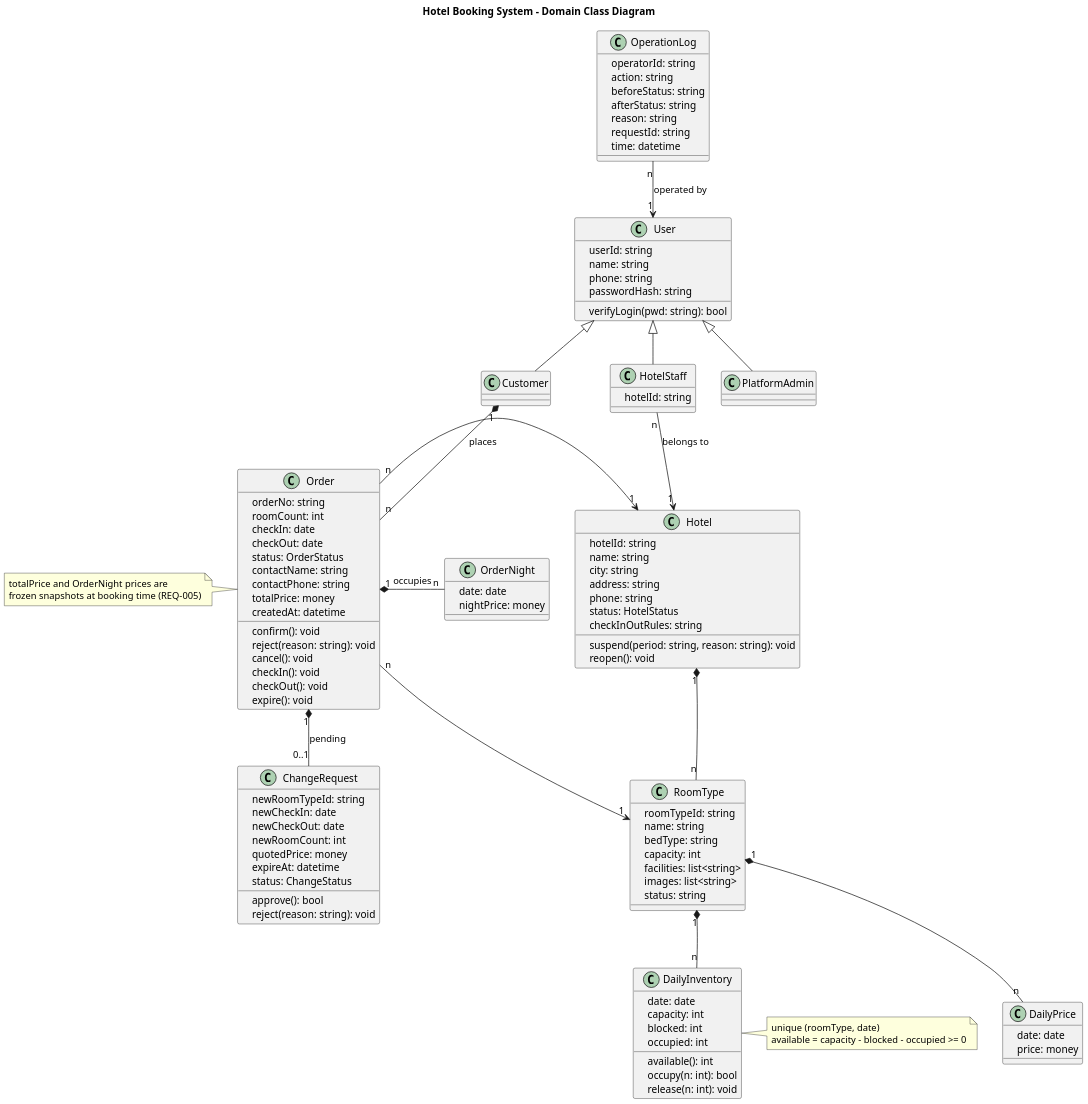
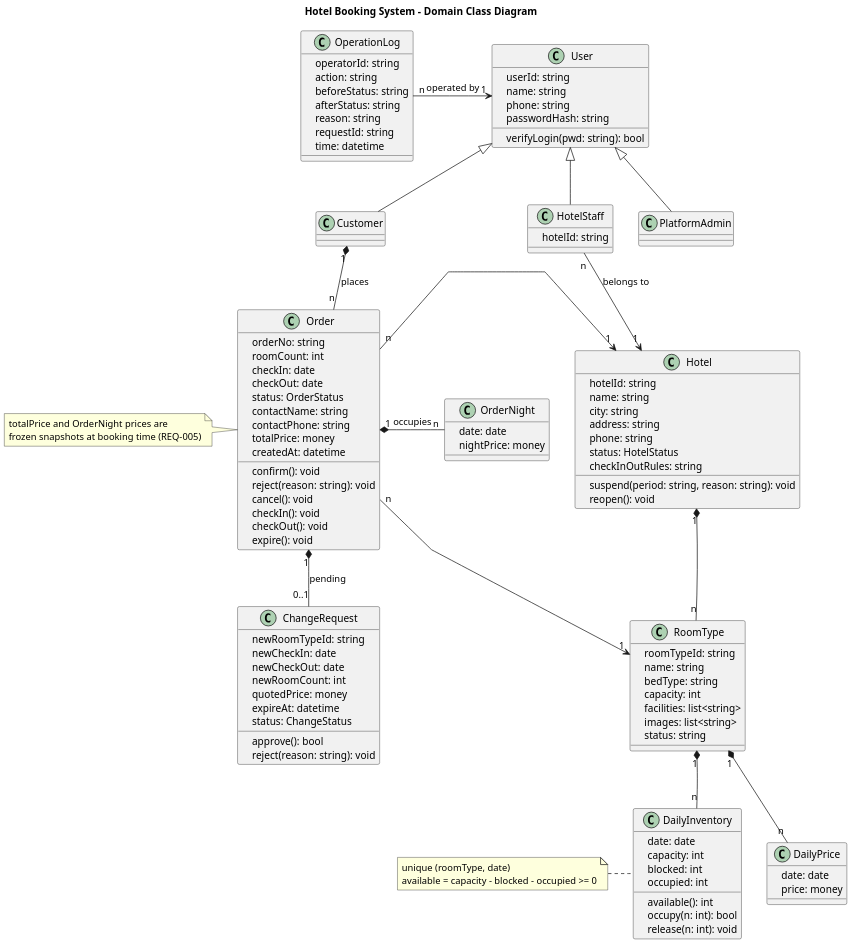
The diagram in lab2/实验2_231220170_央金灵卓/UML/UML类图.puml (yangjinlingzhuo/se-lab1-hotel-booking), drawn with PlantUML before and after one commit. The commit also changed 2 other files, not shown here.

Commit message:
人工反馈+AI修改(lab2): 类图连线改直线、布局填满画面

```diff
--- a/lab2/实验2_231220170_央金灵卓/UML/UML类图.puml
+++ b/lab2/实验2_231220170_央金灵卓/UML/UML类图.puml
@@ -1,137 +1,140 @@
 @startuml UML类图
 title Hotel Booking System - Domain Class Diagram
 
 skinparam dpi 150
+skinparam linetype polyline
 skinparam defaultFontName "Helvetica Neue"
 skinparam classAttributeIconSize 3
 
 class User {
   -userId: string
   -name: string
   -phone: string
   -passwordHash: string
   +verifyLogin(pwd: string): bool
 }
 
 class Customer
 class HotelStaff {
   -hotelId: string
 }
 class PlatformAdmin
 
 class Hotel {
   -hotelId: string
   -name: string
   -city: string
   -address: string
   -phone: string
   -status: HotelStatus
   -checkInOutRules: string
   +suspend(period: string, reason: string): void
   +reopen(): void
 }
 
 class RoomType {
   -roomTypeId: string
   -name: string
   -bedType: string
   -capacity: int
   -facilities: list<string>
   -images: list<string>
   -status: string
 }
 
 class DailyInventory {
   -date: date
   -capacity: int
   -blocked: int
   -occupied: int
   +available(): int
   +occupy(n: int): bool
   +release(n: int): void
 }
 
 class DailyPrice {
   -date: date
   -price: money
 }
 
 class Order {
   -orderNo: string
   -roomCount: int
   -checkIn: date
   -checkOut: date
   -status: OrderStatus
   -contactName: string
   -contactPhone: string
   -totalPrice: money
   -createdAt: datetime
   +confirm(): void
   +reject(reason: string): void
   +cancel(): void
   +checkIn(): void
   +checkOut(): void
   +expire(): void
 }
 
 class OrderNight {
   -date: date
   -nightPrice: money
 }
 
 class ChangeRequest {
   -newRoomTypeId: string
   -newCheckIn: date
   -newCheckOut: date
   -newRoomCount: int
   -quotedPrice: money
   -expireAt: datetime
   -status: ChangeStatus
   +approve(): bool
   +reject(reason: string): void
 }
 
 class OperationLog {
   -operatorId: string
   -action: string
   -beforeStatus: string
   -afterStatus: string
   -reason: string
   -requestId: string
   -time: datetime
 }
 
 ' 布局辅助
+OperationLog -[hidden]r- User
+Customer -[hidden]d- Order
 Order -[hidden]r- Hotel
 Hotel -[hidden]d- RoomType
 RoomType -[hidden]d- DailyInventory
 DailyInventory -[hidden]r- DailyPrice
 Order -[hidden]d- ChangeRequest
 Order -[hidden]r- OrderNight
 
 User <|-- Customer
 User <|-- HotelStaff
 User <|-- PlatformAdmin
 
 HotelStaff "n" --> "1" Hotel : belongs to
 Hotel "1" *-- "n" RoomType
 RoomType "1" *-- "n" DailyInventory
 RoomType "1" *-- "n" DailyPrice
 Customer "1" *-- "n" Order : places
 Order "n" --> "1" Hotel
 Order "n" --> "1" RoomType
 Order "1" *-- "n" OrderNight : occupies
 Order "1" *-- "0..1" ChangeRequest : pending
 OperationLog "n" --> "1" User : operated by
 
-note right of DailyInventory
+note left of DailyInventory
   unique (roomType, date)
   available = capacity - blocked - occupied >= 0
 end note
 
 note left of Order
   totalPrice and OrderNight prices are
   frozen snapshots at booking time (REQ-005)
 end note
 
 @enduml
```
